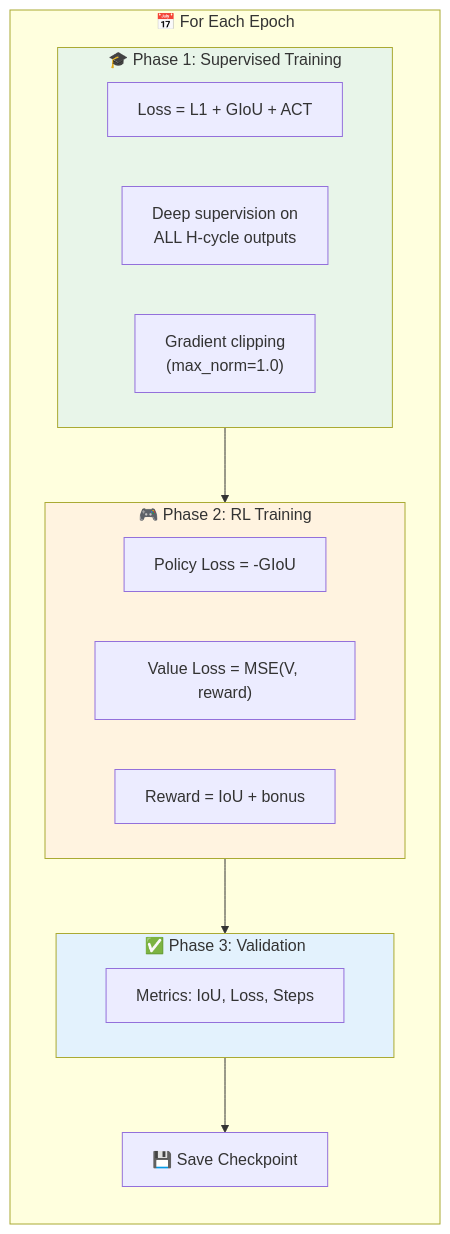
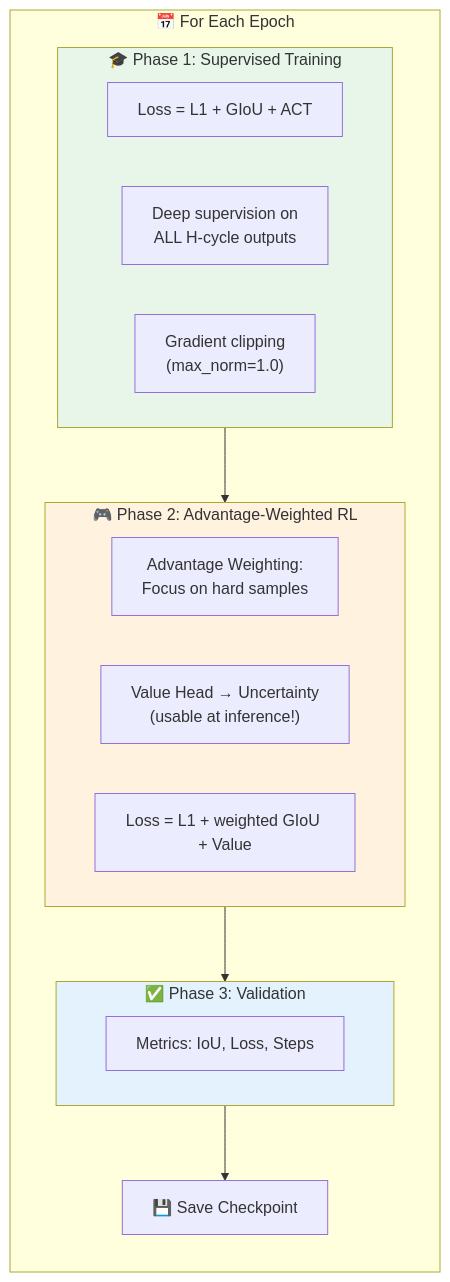
The fifth of 5 diagrams in README.md (Muvels/screenspot-trm), drawn with Mermaid before and after one commit. The commit also changed other lines of this file and 2 other files, not shown here.

Commit message:
fix: better RL to focus on low confidence examples

````diff
--- a/README.md
+++ b/README.md
@@ -271,32 +271,32 @@
 ```mermaid
 flowchart TB
     subgraph Epoch["📅 For Each Epoch"]
         direction TB
         
         subgraph Phase1["🎓 Phase 1: Supervised Training"]
             SUP_LOSS["Loss = L1 + GIoU + ACT"]
             DEEP["Deep supervision on<br/>ALL H-cycle outputs"]
             GRAD["Gradient clipping<br/>(max_norm=1.0)"]
         end
         
-        subgraph Phase2["🎮 Phase 2: RL Training"]
-            RL_POLICY["Policy Loss = -GIoU"]
-            RL_VALUE["Value Loss = MSE(V, reward)"]
-            REWARD["Reward = IoU + bonus"]
+        subgraph Phase2["🎮 Phase 2: Advantage-Weighted RL"]
+            RL_ADV["Advantage Weighting:<br/>Focus on hard samples"]
+            RL_CONFIDENCE["Value Head → Uncertainty<br/>(usable at inference!)"]
+            RL_LOSS["Loss = L1 + weighted GIoU + Value"]
         end
         
         subgraph Phase3["✅ Phase 3: Validation"]
             VAL_METRICS["Metrics: IoU, Loss, Steps"]
         end
         
         SAVE["💾 Save Checkpoint"]
         
         Phase1 --> Phase2
         Phase2 --> Phase3
         Phase3 --> SAVE
     end
     
     style Phase1 fill:#e8f5e9
     style Phase2 fill:#fff3e0
     style Phase3 fill:#e3f2fd
 ```
````
